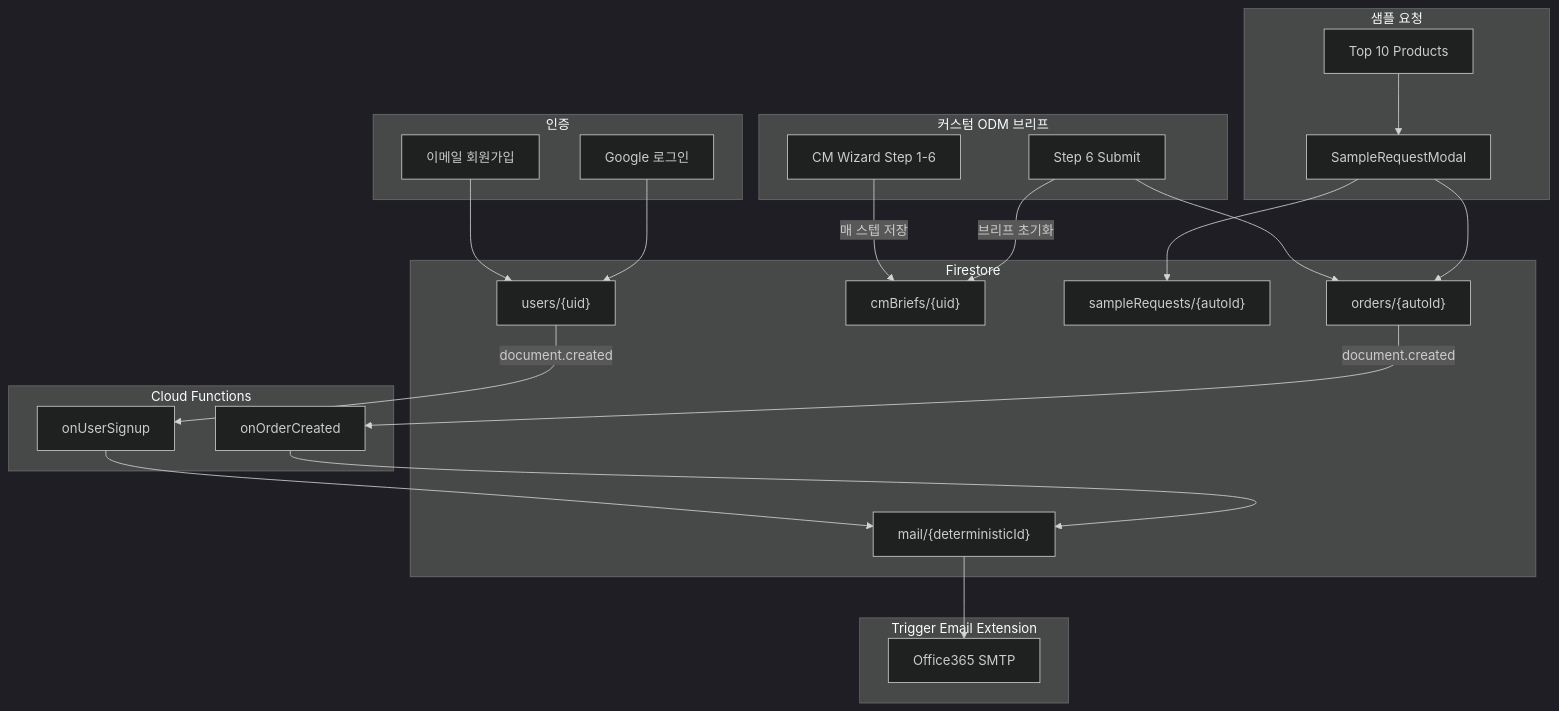
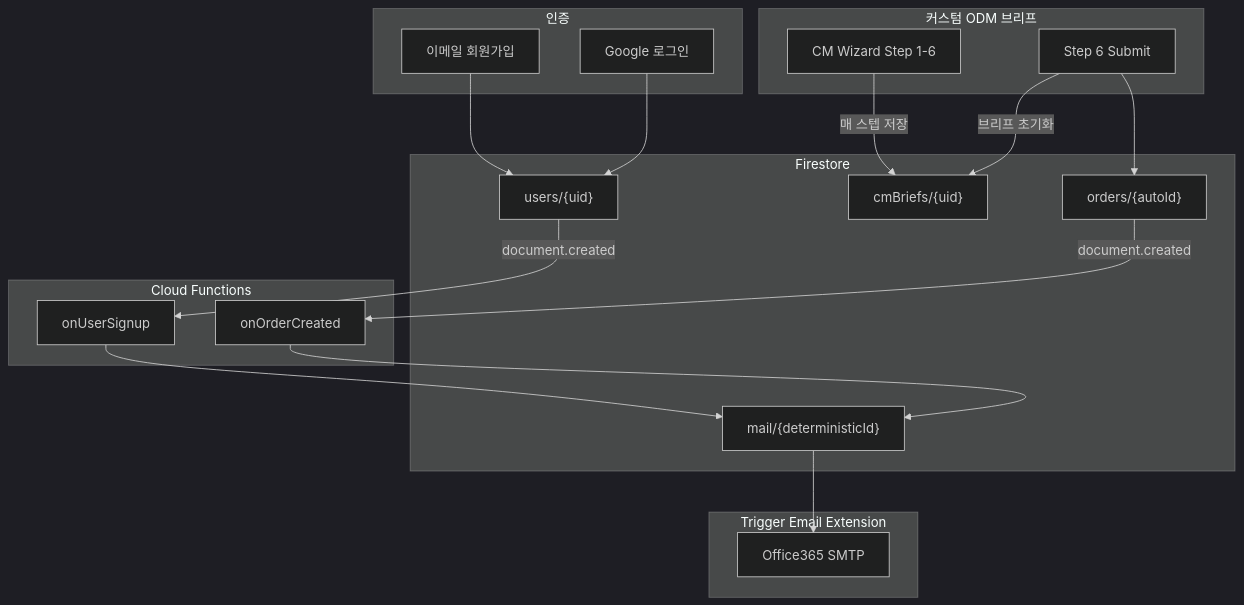
One commit to Jun-pepsi-limeflavor/medi-da-kos changed the diagram in docs/firebase-collections-and-mail.md. Above: the diagram before and after it, drawn with Mermaid (dark theme). The commit also changed other lines of this file and 21 other files, not shown here.

First line of the commit message:
feat(dashboard): remove Top 10 sample-order flow from Step 1

````diff
--- a/docs/firebase-collections-and-mail.md
+++ b/docs/firebase-collections-and-mail.md
@@ -7,48 +7,39 @@
 ```mermaid
 flowchart TB
   subgraph auth [인증]
     Register[이메일 회원가입]
     Google[Google 로그인]
   end
 
   subgraph briefFlow [커스텀 ODM 브리프]
     Wizard[CM Wizard Step 1-6]
     SubmitBrief[Step 6 Submit]
   end
 
-  subgraph sampleFlow [샘플 요청]
-    Top10[Top 10 Products]
-    SampleModal[SampleRequestModal]
-  end
-
   subgraph firestore [Firestore]
     Users["users/{uid}"]
     CmBriefs["cmBriefs/{uid}"]
-    SampleReq["sampleRequests/{autoId}"]
     Orders["orders/{autoId}"]
     Mail["mail/{deterministicId}"]
   end
 
   subgraph functions [Cloud Functions]
     OnSignup[onUserSignup]
     OnOrder[onOrderCreated]
   end
 
   subgraph extension [Trigger Email Extension]
     SMTP[Office365 SMTP]
   end
 
   Register --> Users
   Google --> Users
   Users -->|document.created| OnSignup --> Mail
 
   Wizard -->|매 스텝 저장| CmBriefs
   SubmitBrief --> Orders
   SubmitBrief -->|브리프 초기화| CmBriefs
 
-  Top10 --> SampleModal --> SampleReq
-  SampleModal --> Orders
-
   Orders -->|document.created| OnOrder --> Mail
   Mail --> SMTP
 ```
````
